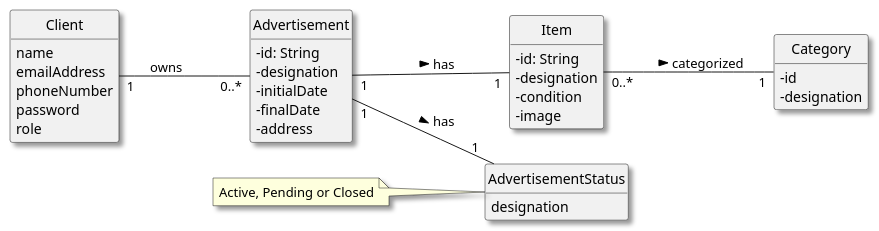
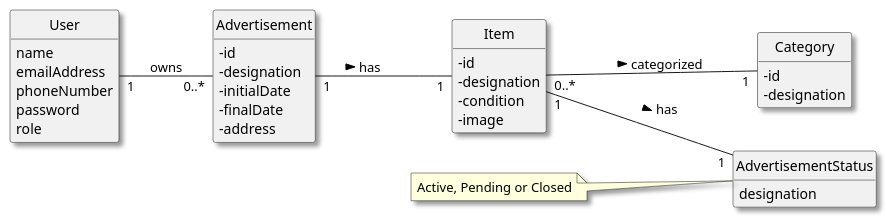
Before and after one commit to vivianeaalmeida/ComeAndGet: the diagram in Docs/US07/02-analysis/US07-DM.puml, drawn with PlantUML. The commit also changed 7 other files, not shown here.

```diff
--- a/Docs/US07/02-analysis/US07-DM.puml
+++ b/Docs/US07/02-analysis/US07-DM.puml
@@ -1,51 +1,51 @@
 @startuml
 skinparam monochrome false
 skinparam packageStyle rectangle
 skinparam shadowing true
 left to right direction
 skinparam classAttributeIconSize 0
 hide circle
 hide methods
 
-class Client {
+class User {
     name
     emailAddress
     phoneNumber
     password
     role
 }
 
 class Category {
     - id
     - designation
 }
 
 class Item {
-    - id: String
+    - id
     - designation
     - condition
     - image
 }
 
 class Advertisement {
-    - id: String
+    - id
     - designation
     - initialDate
     - finalDate
     - address
 }
 
 enum AdvertisementStatus {
     designation
 }
 
 note left of AdvertisementStatus
 Active, Pending or Closed
 endnote
 
 ' --- Associações ---
-Client "1" -- "0..*" Advertisement : owns
+User "1" -- "0..*" Advertisement : owns
 Advertisement "1" -- "1" Item : has >
 Item "0..*" -- "1" Category: categorized >
-Advertisement "1" -- "1" AdvertisementStatus: has >
+Item "1" -- "1" AdvertisementStatus: has >
 @enduml
```
